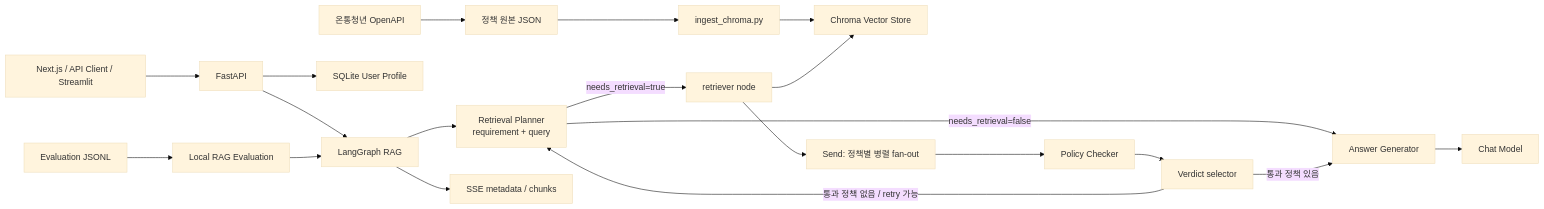
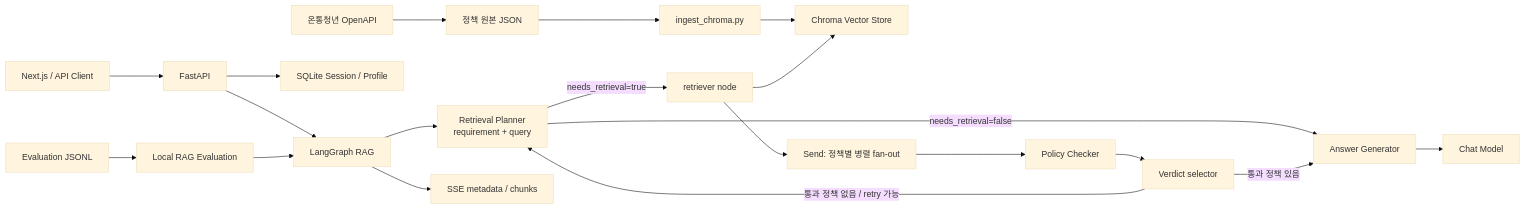
Before and after one commit to SungjinWi99/Youth-Policy-RAG: the diagram in README.md, drawn with Mermaid (base theme). The commit also changed other lines of this file and 18 other files, not shown here.

````diff
--- a/README.md
+++ b/README.md
@@ -30,24 +29,24 @@
 ```mermaid
 flowchart LR
     API["온통청년 OpenAPI"] --> RAW["정책 원본 JSON"]
     RAW --> INGEST["ingest_chroma.py"]
     INGEST --> CHROMA["Chroma Vector Store"]
 
-    CLIENT["Next.js / API Client / Streamlit"] --> FASTAPI["FastAPI"]
-    FASTAPI --> USERDB["SQLite User Profile"]
+    CLIENT["Next.js / API Client"] --> FASTAPI["FastAPI"]
+    FASTAPI --> USERDB["SQLite Session / Profile"]
     FASTAPI --> GRAPH["LangGraph RAG"]
     GRAPH --> PLANNER["Retrieval Planner<br/>requirement + query"]
     PLANNER -->|"needs_retrieval=true"| RETRIEVE["retriever node"]
     PLANNER -->|"needs_retrieval=false"| GENERATOR["Answer Generator"]
     RETRIEVE --> CHROMA
     RETRIEVE --> SEND["Send: 정책별 병렬 fan-out"]
     SEND --> CHECKER["Policy Checker"]
     CHECKER --> SELECTOR["Verdict selector"]
     SELECTOR -->|"통과 정책 있음"| GENERATOR
     SELECTOR -->|"통과 정책 없음 / retry 가능"| PLANNER
     GENERATOR --> LLM["Chat Model"]
     GRAPH --> SSE["SSE metadata / chunks"]
 
     EVALDATA["Evaluation JSONL"] --> EVALRUN["Local RAG Evaluation"]
     EVALRUN --> GRAPH
 ```
````
